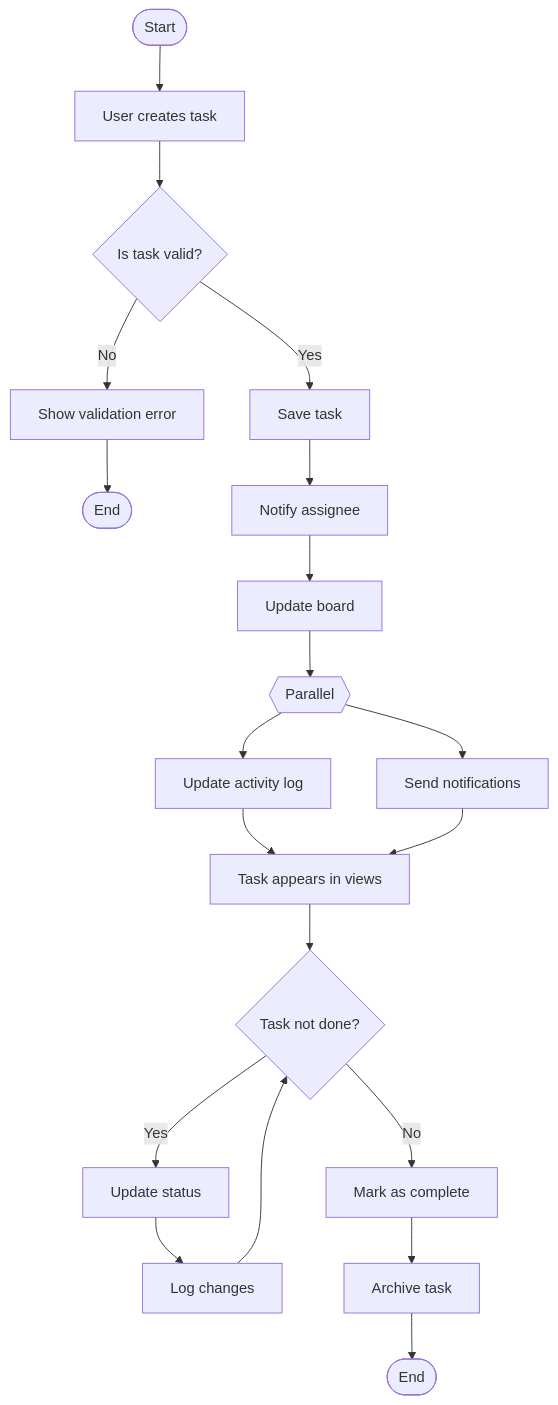
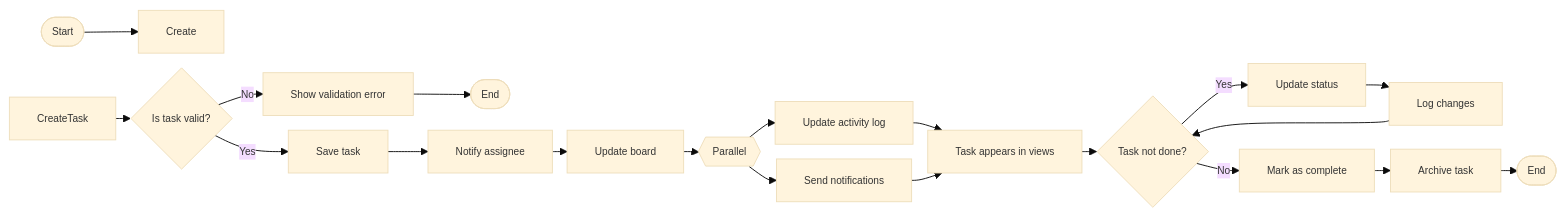
One commit to ritiku2004/Zira-Project-details changed diagram 16 of 17 in README.md. Above: the diagram before and after it, drawn with Mermaid. The commit also changed 2 other files, not shown here.

Commit message:
Diagrames added

````diff
--- a/README.md
+++ b/README.md
@@ -465,28 +465,29 @@
 ```mermaid
-flowchart TD
-  Start([Start]) --> CreateTask[User creates task]
+%%{init: {"theme":"base","flowchart": {"nodeSpacing": 16, "rankSpacing": 16, "curve":"basis"}, "themeVariables": {"fontSize": "11px"}}}%%
+flowchart LR
+  Start([Start]) --> Create[Create]
   CreateTask --> IsValid{Is task valid?}
   
   IsValid -->|Yes| SaveTask[Save task]
   IsValid -->|No| ShowError[Show validation error]
   ShowError --> End1([End])
   
   SaveTask --> NotifyAssignee[Notify assignee]
   NotifyAssignee --> UpdateBoard[Update board]
   
   UpdateBoard --> parallel1{{Parallel}}
   parallel1 --> UpdateLog[Update activity log]
   parallel1 --> SendNotif[Send notifications]
   
   UpdateLog --> ShowInViews[Task appears in views]
   SendNotif --> ShowInViews
   
   ShowInViews --> TaskLoop{Task not done?}
   TaskLoop -->|Yes| UpdateStatus[Update status]
   UpdateStatus --> LogChanges[Log changes]
   LogChanges --> TaskLoop
   
   TaskLoop -->|No| MarkComplete[Mark as complete]
   MarkComplete --> Archive[Archive task]
   Archive --> End2([End])
 ```
````
